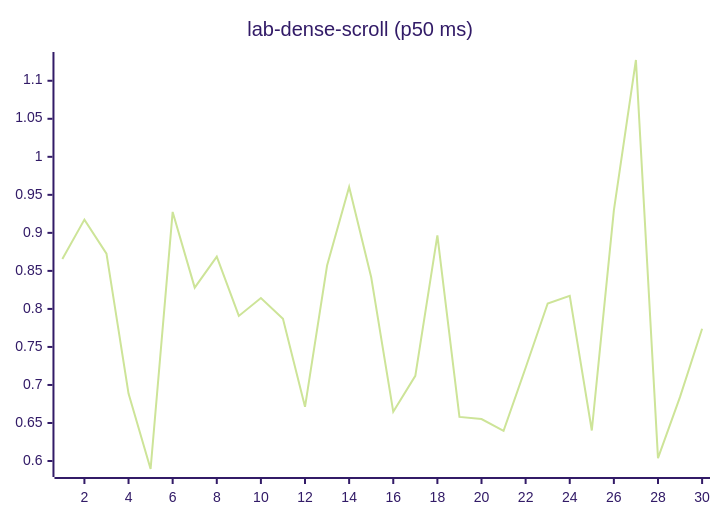
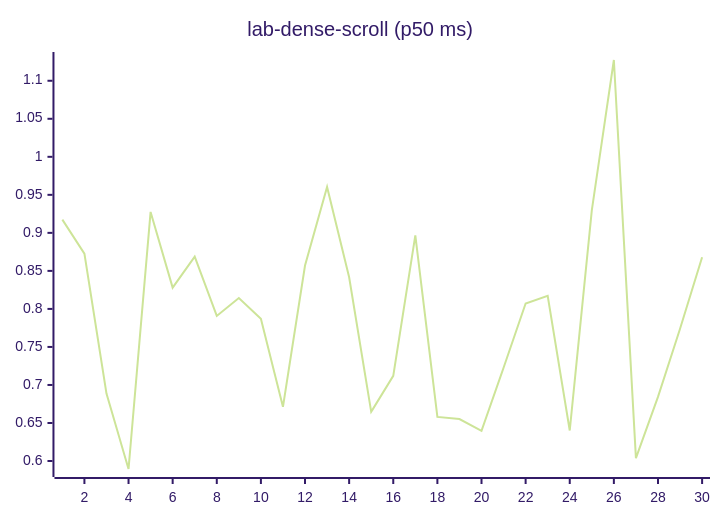
One commit to josha/Facet changed diagram 12 of 27 in README.md. Above: the diagram before and after it, drawn with Mermaid (forest theme). The commit also changed other lines of this file and 2 other files, not shown here.

````diff
--- a/README.md
+++ b/README.md
@@ -140,6 +140,6 @@
 ```mermaid
 xychart-beta
     title "lab-dense-scroll (p50 ms)"
     x-axis 1 --> 30
-    line [0.8655, 0.9174, 0.8727, 0.6887, 0.5895, 0.9275, 0.8280, 0.8687, 0.7908, 0.8143, 0.7869, 0.6713, 0.8570, 0.9604, 0.8416, 0.6647, 0.7120, 0.8968, 0.6580, 0.6552, 0.6397, 0.7226, 0.8071, 0.8171, 0.6401, 0.9297, 1.1273, 0.6038, 0.6843, 0.7739]
+    line [0.9174, 0.8727, 0.6887, 0.5895, 0.9275, 0.8280, 0.8687, 0.7908, 0.8143, 0.7869, 0.6713, 0.8570, 0.9604, 0.8416, 0.6647, 0.7120, 0.8968, 0.6580, 0.6552, 0.6397, 0.7226, 0.8071, 0.8171, 0.6401, 0.9297, 1.1273, 0.6038, 0.6843, 0.7739, 0.8680]
 ```
````
